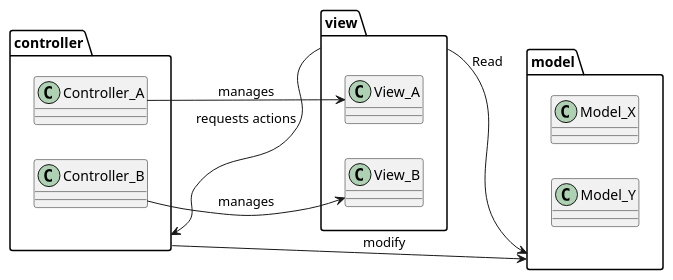
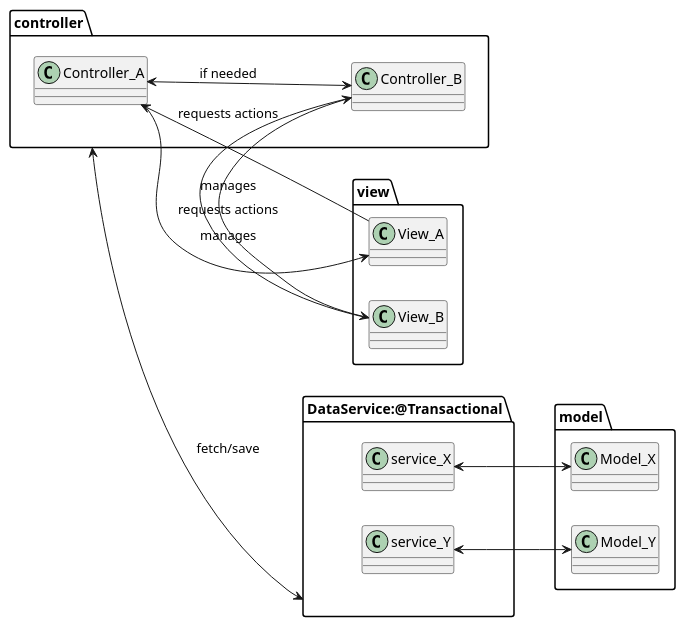
One commit to AxoKoi/BandurriaJ changed the diagram in doc/design/Entities/MVC.puml. Above: the diagram before and after it, drawn with PlantUML. The commit also changed 2 other files, not shown here.

```diff
--- a/doc/design/Entities/MVC.puml
+++ b/doc/design/Entities/MVC.puml
@@ -1,25 +1,31 @@
 @startuml
 
 left to right direction
 package view{
 class View_A {}
 class View_B  {}
 }
 
 package model{
 class Model_X{}
 class Model_Y{}
 }
 package controller {
 class Controller_A{}
 class Controller_B{}
 }
 
-
-view-->controller: requests actions
-view-->model: Read
+package DataService:@Transactional as service {
+class service_X
+class service_Y
+}
+Controller_A<-->Controller_B: "if needed"
 Controller_A-->View_A : manages
 Controller_B-->View_B : manages
-controller-->model: modify
+View_A-->Controller_A: requests actions
+View_B-->Controller_B: requests actions
 
+controller<-->service: fetch/save
+service_X <--> Model_X
+service_Y <--> Model_Y
 @enduml
```
